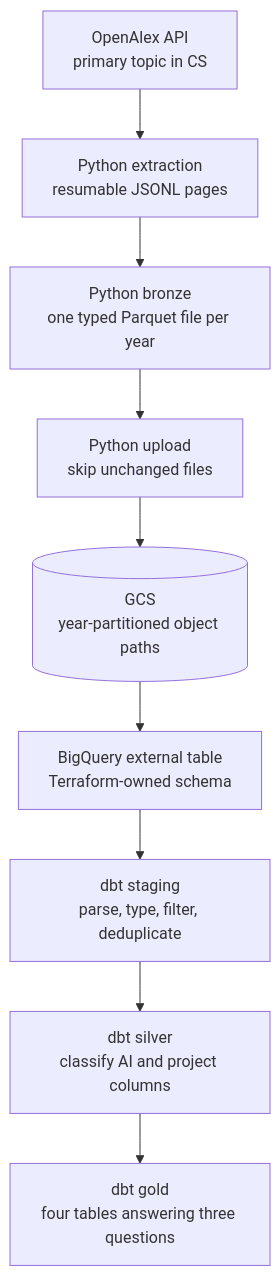
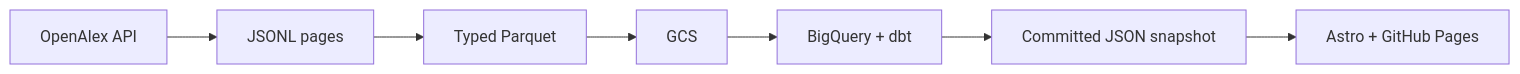
The diagram in README.md (ngolombiewski/openalex-pipeline), drawn with Mermaid before and after one commit. The commit also changed other lines of this file, not shown here.

````diff
--- a/README.md
+++ b/README.md
@@ -106,12 +41,9 @@
 ```mermaid
-flowchart TD
-    API[OpenAlex API<br/>primary topic in CS] --> EX
-    EX[Python extraction<br/>resumable JSONL pages] --> BR
-    BR[Python bronze<br/>one typed Parquet file per year] --> UP
-    UP[Python upload<br/>skip unchanged files] --> GCS
-    GCS[(GCS<br/>year-partitioned object paths)] --> EXT
-    EXT[BigQuery external table<br/>Terraform-owned schema] --> STG
-    STG[dbt staging<br/>parse, type, filter, deduplicate] --> SIL
-    SIL[dbt silver<br/>classify AI and project columns] --> GOLD
-    GOLD[dbt gold<br/>four tables answering three questions]
+flowchart LR
+    API[OpenAlex API] --> JSONL[JSONL pages]
+    JSONL --> PQ[Typed Parquet]
+    PQ --> GCS[GCS]
+    GCS --> BQ[BigQuery + dbt]
+    BQ --> SNAP[Committed JSON snapshot]
+    SNAP --> SITE[Astro + GitHub Pages]
 ```
````
